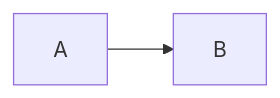
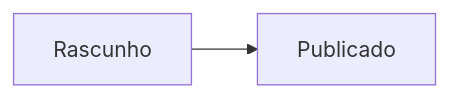
One commit to devrafaelbrauner/simpleMD changed the first of 3 diagrams in packages/plugins-internal/test/fixtures/export-fixture.md. Above: the diagram before and after it, drawn with Mermaid. The commit also changed other lines of this file and 52 other files, not shown here.

````diff
--- a/packages/plugins-internal/test/fixtures/export-fixture.md
+++ b/packages/plugins-internal/test/fixtures/export-fixture.md
@@ -15,4 +32,4 @@
 ```mermaid
 flowchart LR
-  A --> B
+  A[Rascunho] --> B[Publicado]
 ```
````
